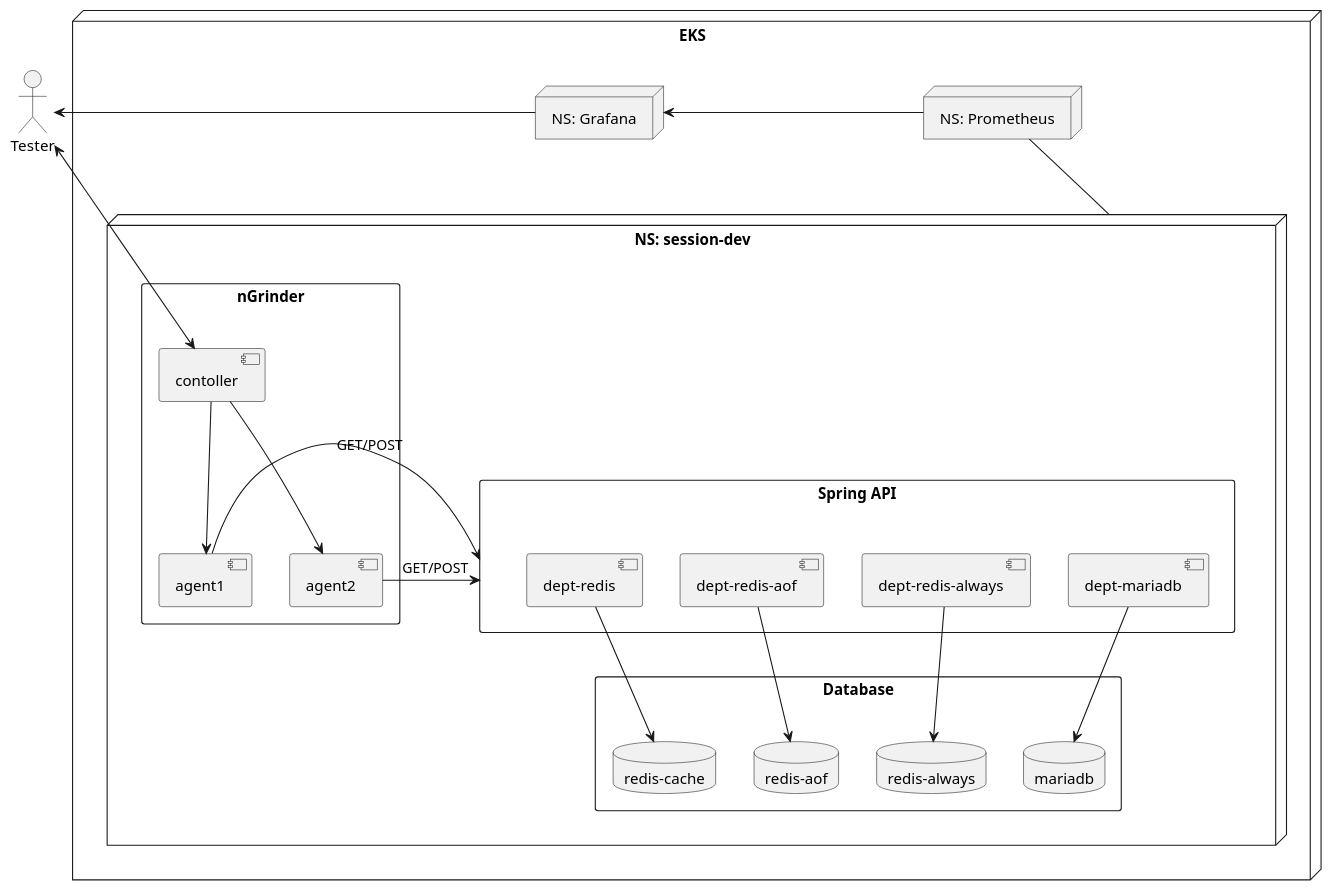
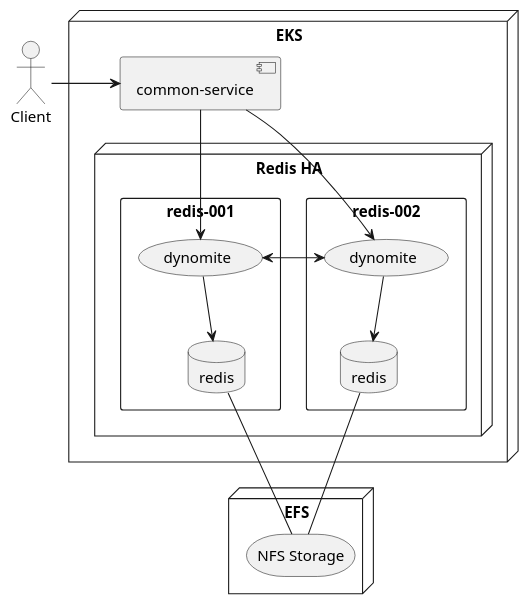
The diagram in docs/src/redis/hatest.md (kloudbank/htdp1.github.io), drawn with PlantUML before and after one commit. The commit also changed other lines of this file and 2 other files, not shown here.

Commit message:
add netflix dynomite

```diff
--- a/docs/src/redis/hatest.md
+++ b/docs/src/redis/hatest.md
@@ -120,42 +57,27 @@
 @startuml
-"Tester" as client
+"Client" as client
 node "EKS" as eks {
-  node "NS: session-dev" as dev {
-    rectangle "Database" as db {
-      database "mariadb"
-      database "redis-cache" as cache
-      database "redis-aof" as aof
-      database "redis-always" as always
+  [common-service] as commserv
+  node "Redis HA" as db {
+    rectangle "redis-002" as db002 {
+      database "redis" as redis002
+      (dynomite) as car002
     }
-    rectangle "Spring API" as api {
-      [dept-mariadb] as dept1
-      [dept-redis] as dept
-      [dept-redis-aof] as deptaof
-      [dept-redis-always] as deptalways
-    }
-    rectangle "nGrinder" as ngrinder {
-      [contoller] as control
-      [agent1] as agent1
-      [agent2] as agent2
+    rectangle "redis-001" as db001 {
+      database "redis" as redis001
+      (dynomite) as car001
     }
   }
-  node "NS: Prometheus" as prom {
-
-  }
-  node "NS: Grafana" as graf {
-
-  }
 }
-client <-right-> control
-control -down-> agent1
-control -down-> agent2
-agent1 -> api : GET/POST
-agent2 -> api : GET/POST
-dept1 --> mariadb
-dept -> cache
-deptaof -> aof
-deptalways -> always
-dev -up- prom
-prom -left-> graf
-client <- graf
+node "EFS" as efs {
+  storage "NFS Storage" as nfs
+}
+client -> commserv
+commserv -down-> car001
+commserv -down-> car002
+car001 -down-> redis001
+car002 -down-> redis002
+car001 <-> car002
+redis001 -down- nfs
+redis002 -down- nfs
 @enduml
```
